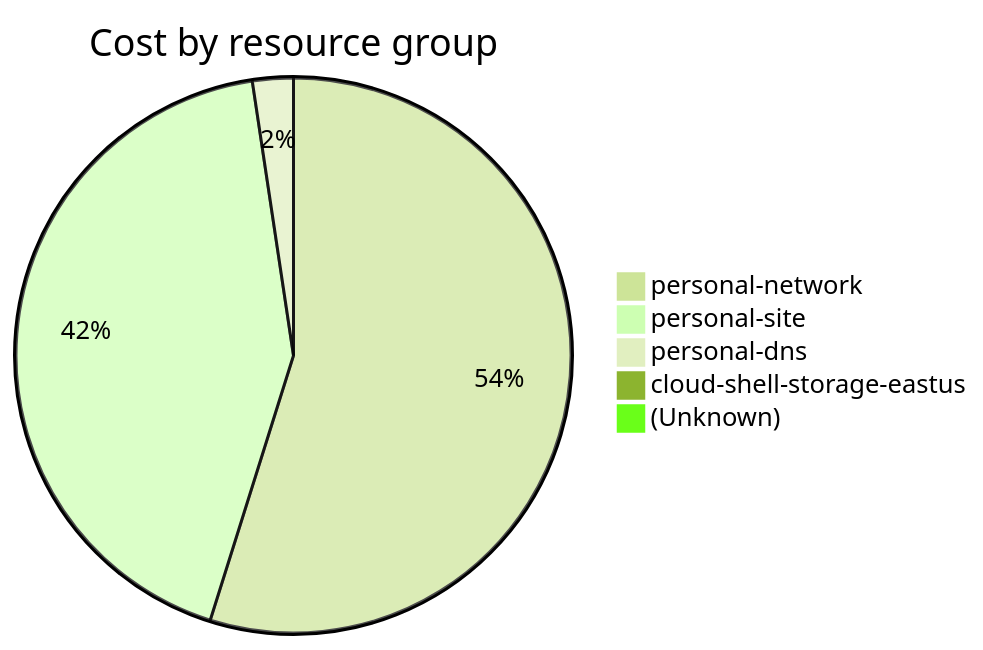
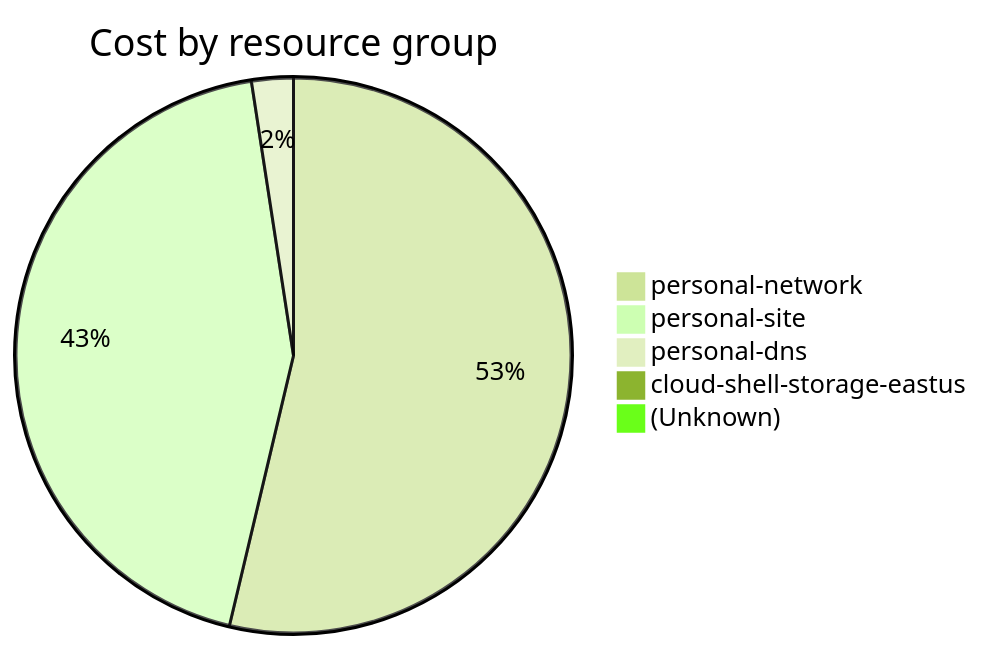
The fourth of 4 diagrams in cost-reports/accumulated-cost.md (jpfulton/azure-personal-reports), drawn with Mermaid (forest theme) before and after one commit. The commit also changed other lines of this file and 4 other files, not shown here.

````diff
--- a/cost-reports/accumulated-cost.md
+++ b/cost-reports/accumulated-cost.md
@@ -155,9 +155,9 @@
 ```mermaid
 pie
    title Cost by resource group
    "personal-network" : 15.94
-   "personal-site" : 12.43
-   "personal-dns" : 0.69
-   "cloud-shell-storage-eastus" : 0.20
+   "personal-site" : 13.02
+   "personal-dns" : 0.72
+   "cloud-shell-storage-eastus" : 0.21
    "(Unknown)" : 0.10
 ```
````
